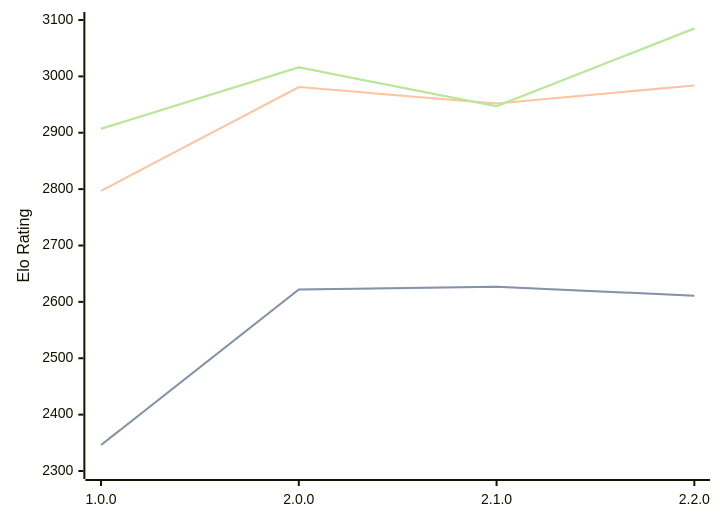
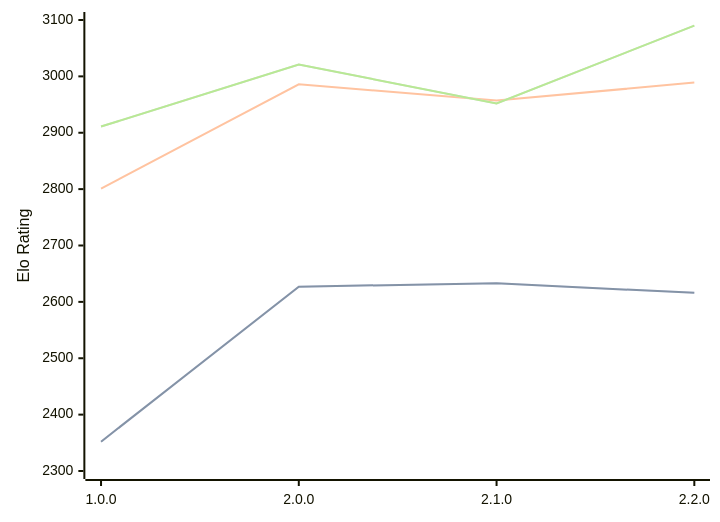
The diagram in engines/Catalyst.md (computer-chess-index/cci), drawn with Mermaid before and after one commit. The commit also changed other lines of this file, not shown here.

Commit message:
Update CCI Ratings (ELO VLTC) - 2026-04-14

````diff
--- a/engines/Catalyst.md
+++ b/engines/Catalyst.md
@@ -34,11 +34,11 @@
 ```mermaid
 %%{init: {"theme":"base","themeVariables":{"seriesColors:['#a3a3a3','#222221','#faa371']}}}%%
 xychart-beta
   x-axis ["1.0.0", "2.0.0", "2.1.0", "2.2.0"]
   y-axis "Elo Rating" 2300 --> 3100
-  line "STC (8.0+0.08s)" [2346, 2622, 2627, 2611]
-  line "STC (8.0+0.08s)" [2346, 2622, 2627, 2611]
-  line "LTC (60.0+0.60s)" [2797, 2981, 2952, 2984]
-  line "VLTC (2m24s+1.12s)" [2907, 3016, 2947, 3085]
-  line "VLTC (2m24s+1.12s)" [2907, 3016, 2947, 3085]
+  line "STC (8.0+0.08s)" [2352, 2627, 2633, 2616]
+  line "STC (8.0+0.08s)" [2352, 2627, 2633, 2616]
+  line "LTC (60.0+0.60s)" [2801, 2986, 2957, 2989]
+  line "VLTC (2m24s+1.12s)" [2911, 3021, 2952, 3090]
+  line "VLTC (2m24s+1.12s)" [2911, 3021, 2952, 3090]
 ```
````
